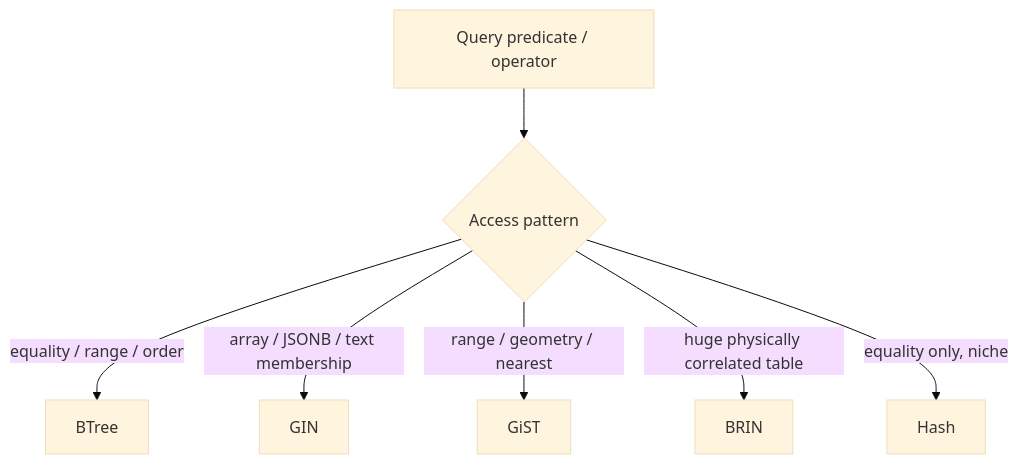
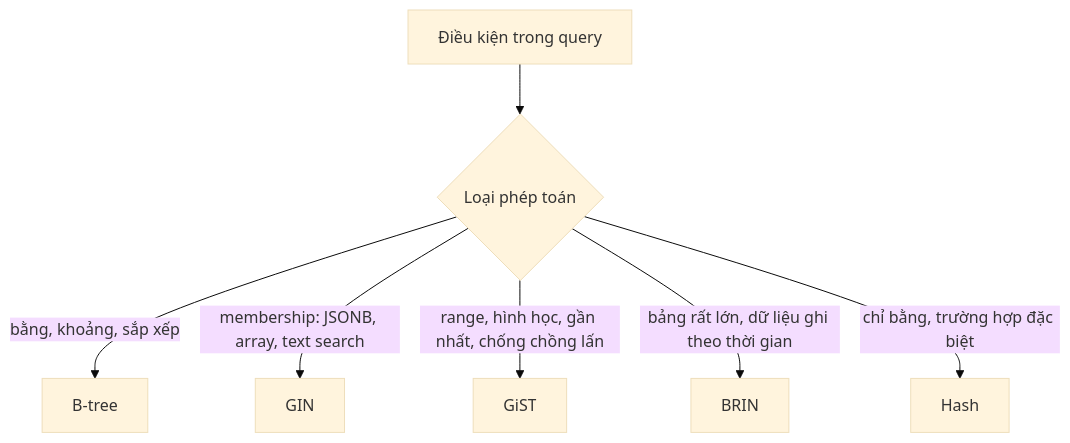
One commit to HuyNguyen-FinX/Try_Hard changed the first of 3 diagrams in python/knowledges/04-database-postgresql/btree-hash-gin-gist-brin.md. Above: the diagram before and after it, drawn with Mermaid (base theme). The commit also changed other lines of this file and 139 other files, not shown here.

````diff
--- a/python/knowledges/04-database-postgresql/btree-hash-gin-gist-brin.md
+++ b/python/knowledges/04-database-postgresql/btree-hash-gin-gist-brin.md
@@ -144,9 +18,9 @@
 ```mermaid
 flowchart TD
-    Predicate["Query predicate / operator"] --> Choice{"Access pattern"}
-    Choice -->|equality / range / order| BTree
-    Choice -->|array / JSONB / text membership| GIN
-    Choice -->|range / geometry / nearest| GiST
-    Choice -->|huge physically correlated table| BRIN
-    Choice -->|equality only, niche| Hash
+    Predicate["Điều kiện trong query"] --> Choice{"Loại phép toán"}
+    Choice -->|"bằng, khoảng, sắp xếp"| BTree["B-tree"]
+    Choice -->|"membership: JSONB, array, text search"| GIN["GIN"]
+    Choice -->|"range, hình học, gần nhất, chống chồng lấn"| GiST["GiST"]
+    Choice -->|"bảng rất lớn, dữ liệu ghi theo thời gian"| BRIN["BRIN"]
+    Choice -->|"chỉ bằng, trường hợp đặc biệt"| Hash["Hash"]
 ```
````
